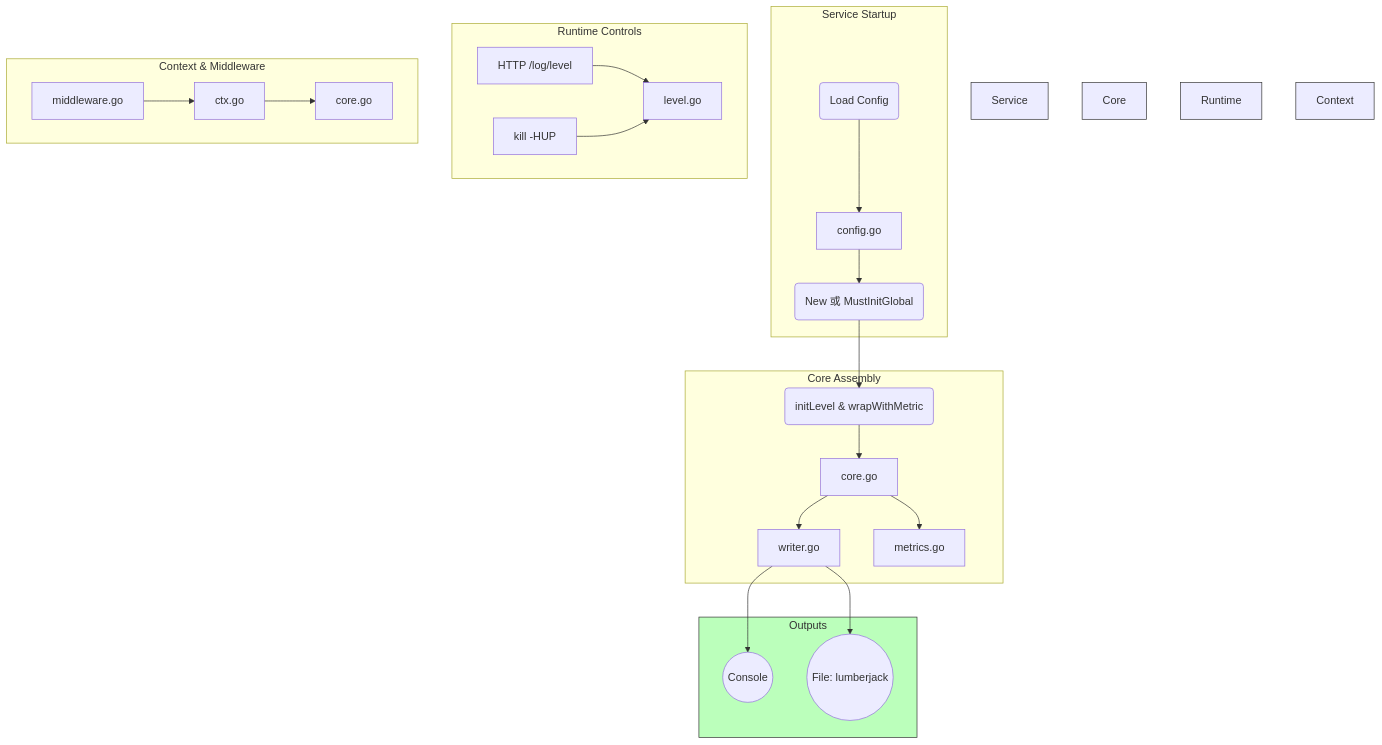
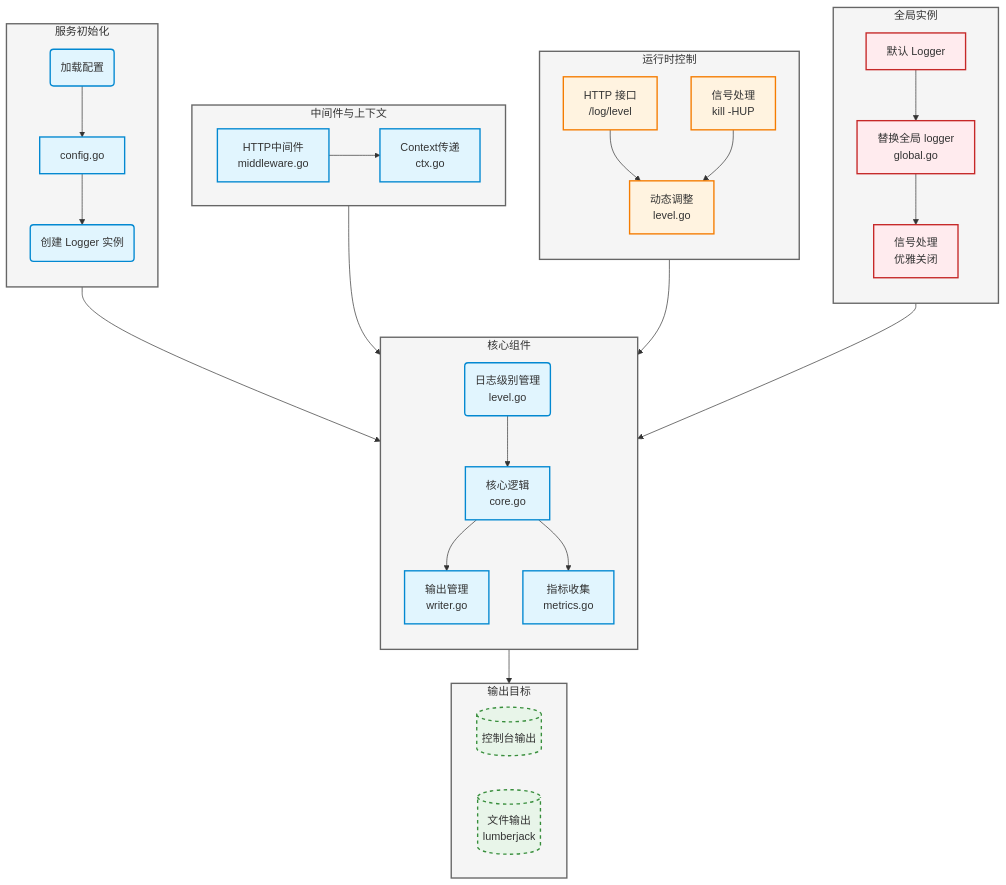
The diagram in pkg/zlog/readme.md (EthanQC/IM), drawn with Mermaid before and after one commit. The commit also changed other lines of this file, not shown here.

````diff
--- a/pkg/zlog/readme.md
+++ b/pkg/zlog/readme.md
@@ -4,47 +7,74 @@
 ```mermaid
 flowchart TB
-  subgraph Service Startup
-    A1(Load Config)
-    A2[config.go]
-    A3(New 或 MustInitGlobal)
-    A1 --> A2
-    A2 --> A3
-  end
+    %% 定义子图样式
+    classDef subgraphStyle fill:#f5f5f5,stroke:#666,stroke-width:2px
+    classDef mainNodeStyle fill:#e1f5fe,stroke:#0288d1,stroke-width:2px 
+    classDef configNodeStyle fill:#fff3e0,stroke:#f57c00,stroke-width:2px
+    classDef outputNodeStyle fill:#e8f5e9,stroke:#388e3c,stroke-width:2px,stroke-dasharray: 5 5
+    classDef globalNodeStyle fill:#ffebee,stroke:#c62828,stroke-width:2px
 
-  subgraph Core Assembly
-    B1(initLevel & wrapWithMetric)
-    B2[core.go]
-    B3[writer.go]
-    B4[metrics.go]
-    A3 --> B1
-    B1 --> B2
-    B2 --> B3
-    B2 --> B4
-  end
+    %% 全局实例管理
+    subgraph Global["全局实例"]
+        direction TB
+        Default["默认 Logger"] 
+        Replace["替换全局 logger<br/>global.go"]
+        Signal["信号处理<br/>优雅关闭"]
+        Default --> Replace
+        Replace --> Signal
+        class Default,Replace,Signal globalNodeStyle
+    end
 
-  subgraph Outputs
-    O1((Console))
-    O2((File: lumberjack))
-  end
-  B3 --> O1 & O2
+    %% 服务启动流程
+    subgraph Init["服务初始化"]
+        direction TB
+        Load("加载配置") --> Config["config.go"] 
+        Config --> New("创建 Logger 实例")
+        class Load,Config,New mainNodeStyle
+    end
 
-  subgraph Runtime Controls
-    R1[HTTP /log/level]
-    R2[kill -HUP]
-    R1 --> level.go
-    R2 --> level.go
-  end
+    %% 核心组件
+    subgraph Core["核心组件"]
+        direction TB
+        Level("日志级别管理<br/>level.go") 
+        Writer["输出管理<br/>writer.go"]
+        Metric["指标收集<br/>metrics.go"]
+        Main["核心逻辑<br/>core.go"]
+        
+        Level --> Main
+        Main --> Writer
+        Main --> Metric
+        class Level,Writer,Metric,Main mainNodeStyle
+    end
 
-  subgraph Context & Middleware
-    C1[ctx.go]
-    C2[middleware.go]
-    C2 --> C1
-    C1 --> core.go
-  end
+    %% 输出目标
+    subgraph Output["输出目标"]
+        Console[("控制台输出")]
+        File[("文件输出<br/>lumberjack")]
+        class Console,File outputNodeStyle
+    end
 
-  style Service Startup fill:#f9f,stroke:#333,stroke-width:1px
-  style Core Assembly fill:#bbf,stroke:#333,stroke-width:1px
-  style Outputs fill:#bfb,stroke:#333,stroke-width:1px
-  style Runtime Controls fill:#fbf,stroke:#333,stroke-width:1px
-  style Context Middleware fill:#ffb,stroke:#333,stroke-width:1px
+    %% 中间件集成
+    subgraph Middleware["中间件与上下文"]
+        direction LR
+        Mid["HTTP中间件<br/>middleware.go"] --> Ctx["Context传递<br/>ctx.go"]
+        class Mid,Ctx mainNodeStyle
+    end
+
+    %% 动态控制
+    subgraph Control["运行时控制"]
+        direction TB
+        HTTP["HTTP 接口<br/>/log/level"] --> LevelCtl["动态调整<br/>level.go"]
+        Signal2["信号处理<br/>kill -HUP"] --> LevelCtl
+        class HTTP,Signal2,LevelCtl configNodeStyle
+    end
+
+    %% 连接关系
+    Init --> Core
+    Core --> Output
+    Middleware --> Core
+    Control --> Core
+    Global --> Core
+
+    %% 应用整体样式
+    class Init,Core,Output,Middleware,Control,Global subgraphStyle
 ```
````
